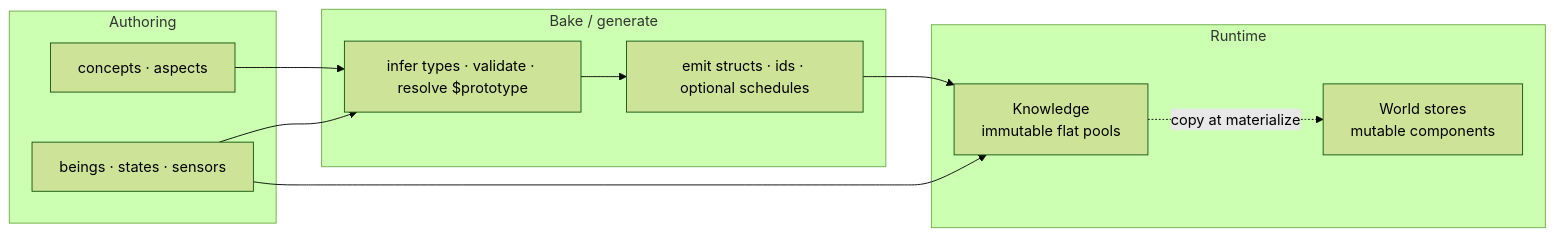
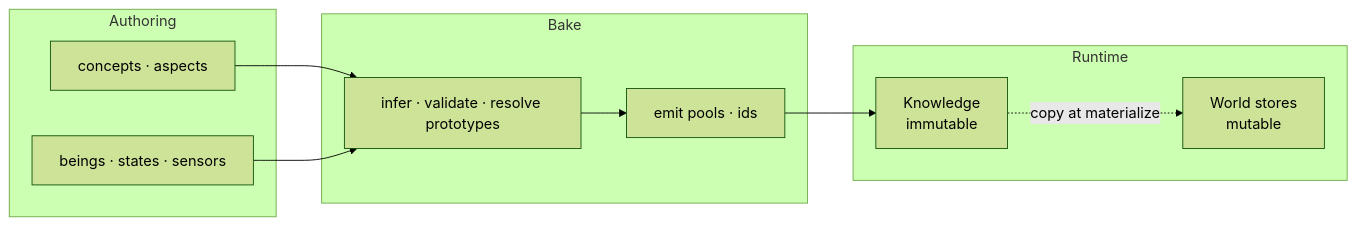
Before and after one commit to fm39hz/fm39hz-blogs: the third of 4 diagrams in src/content/articles/another-way-to-think-about-game-architecture.md, drawn with Mermaid (forest theme). The commit also changed other lines of this file, not shown here.

````diff
--- a/src/content/articles/another-way-to-think-about-game-architecture.md
+++ b/src/content/articles/another-way-to-think-about-game-architecture.md
@@ -182,24 +119,23 @@
 ```mermaid
 flowchart LR
     subgraph Authoring
         C["concepts · aspects"]
         B["beings · states · sensors"]
     end
 
-    subgraph Bake["Bake / generate"]
-        I["infer types · validate · resolve $prototype"]
-        E["emit structs · ids · optional schedules"]
+    subgraph Bake
+        I["infer · validate · resolve prototypes"]
+        E["emit pools · ids"]
     end
 
     subgraph Runtime
-        K["Knowledge<br/>immutable flat pools"]
-        W["World stores<br/>mutable components"]
+        K["Knowledge<br/>immutable"]
+        W["World stores<br/>mutable"]
     end
 
     C --> I
     B --> I
     I --> E
     E --> K
-    B --> K
     K -.->|"copy at materialize"| W
 ```
````
